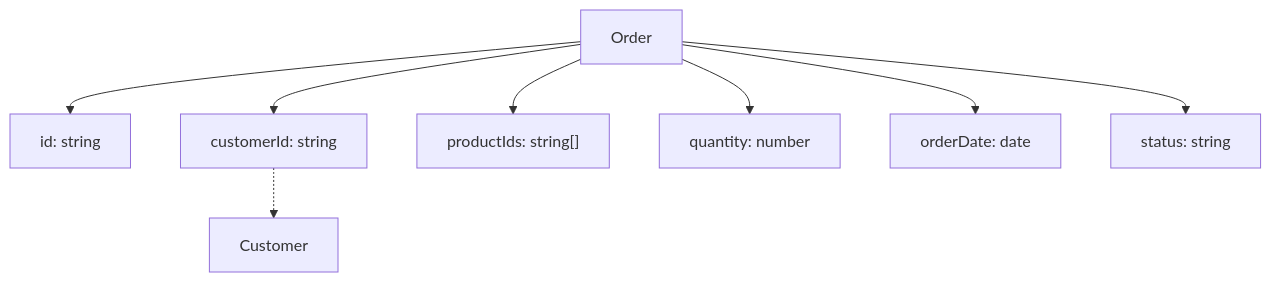
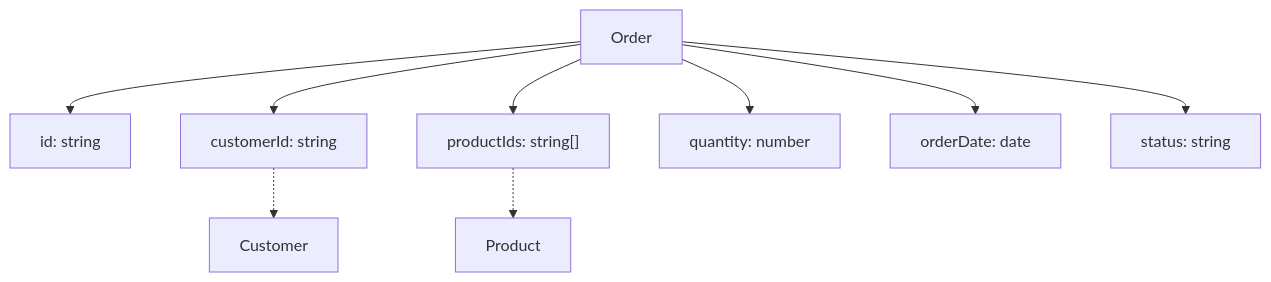
Diagram 16 of 16 in examples/mermaid-examples.md (kothar/zod-mermaid), drawn with Mermaid before and after one commit. The commit also changed other lines of this file and 7 other files, not shown here.

First line of the commit message:
Refactor: Enhance Mermaid examples and schema definitions

````diff
--- a/examples/mermaid-examples.md
+++ b/examples/mermaid-examples.md
@@ -381,18 +385,20 @@
 ```mermaid
 flowchart TD
     Order["Order"]
     Customer["Customer"]
+    Product["Product"]
     Order_id["id: string"]
     Order --> Order_id["id: string"]
     Order_customerId["customerId: string"]
     Order --> Order_customerId["customerId: string"]
     Order_customerId["customerId: string"] -.-> Customer
     Order_productIds["productIds: string[]"]
     Order --> Order_productIds["productIds: string[]"]
+    Order_productIds["productIds: string[]"] -.-> Product
     Order_quantity["quantity: number"]
     Order --> Order_quantity["quantity: number"]
     Order_orderDate["orderDate: date"]
     Order --> Order_orderDate["orderDate: date"]
     Order_status["status: string"]
     Order --> Order_status["status: string"]
 ```
````
